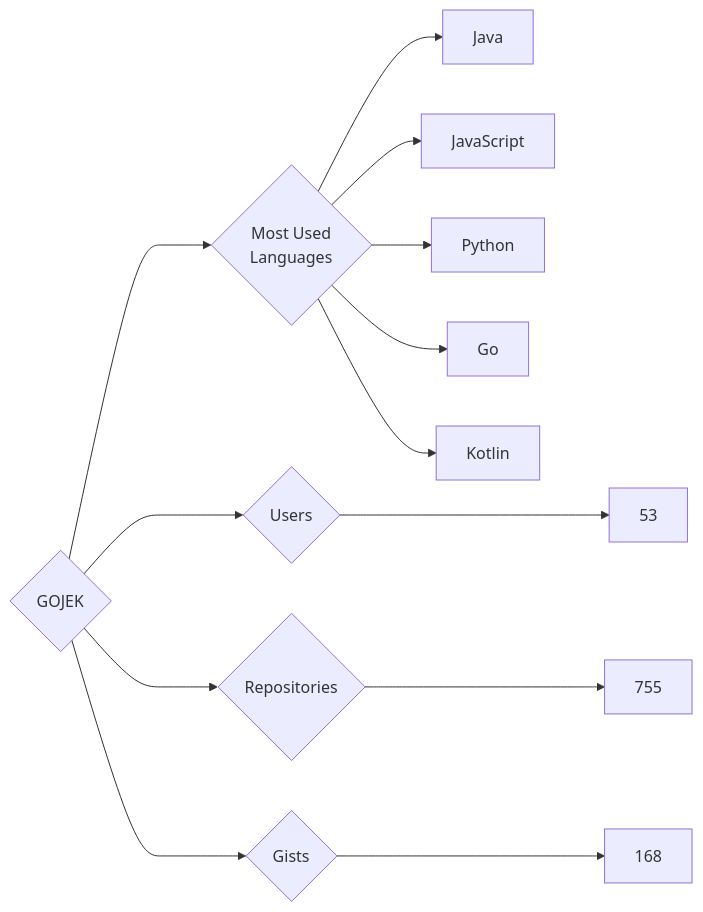
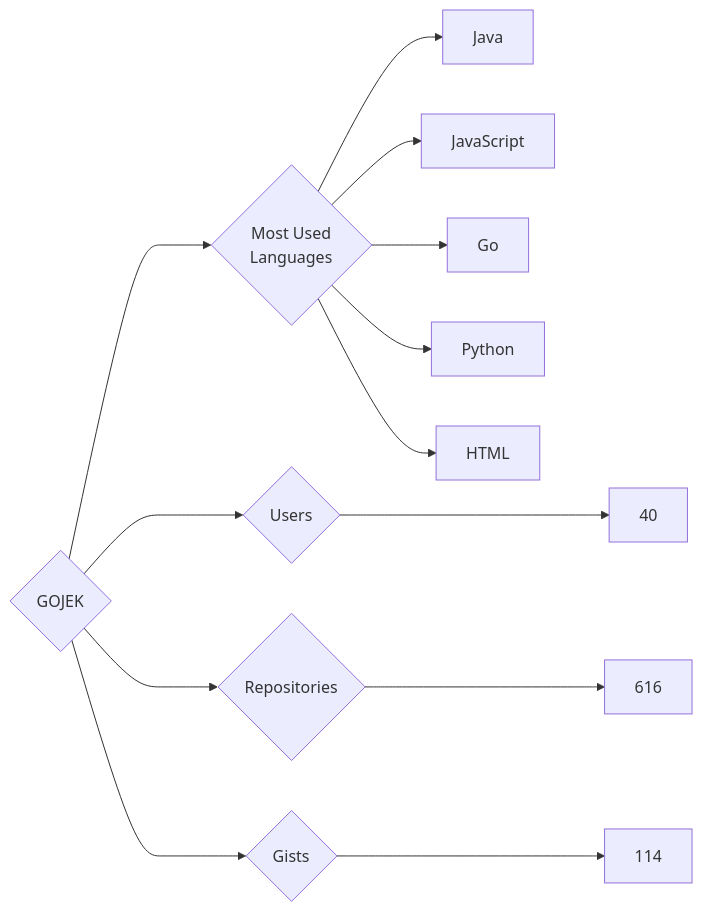
The diagram in targets/GOJEK/README.md (trickest/insiders), drawn with Mermaid before and after one commit. The commit also changed 611 other files, not shown here.

````diff
--- a/targets/GOJEK/README.md
+++ b/targets/GOJEK/README.md
@@ -3,13 +3,13 @@
 ```mermaid
 graph LR
 COMPANY_NAME{GOJEK}
-COMPANY_NAME ---> U{Users} ---> UN[53]
-COMPANY_NAME ---> R{Repositories} ---> RN[755]
-COMPANY_NAME ---> G{Gists} ---> GN[168]
+COMPANY_NAME ---> U{Users} ---> UN[40]
+COMPANY_NAME ---> R{Repositories} ---> RN[616]
+COMPANY_NAME ---> G{Gists} ---> GN[114]
 COMPANY_NAME ---> ML{Most Used<br>Languages}
 ML --> Java[Java]
 ML --> JavaScript[JavaScript]
+ML --> Go[Go]
 ML --> Python[Python]
-ML --> Go[Go]
-ML --> Kotlin[Kotlin]
+ML --> HTML[HTML]
 ```
````
